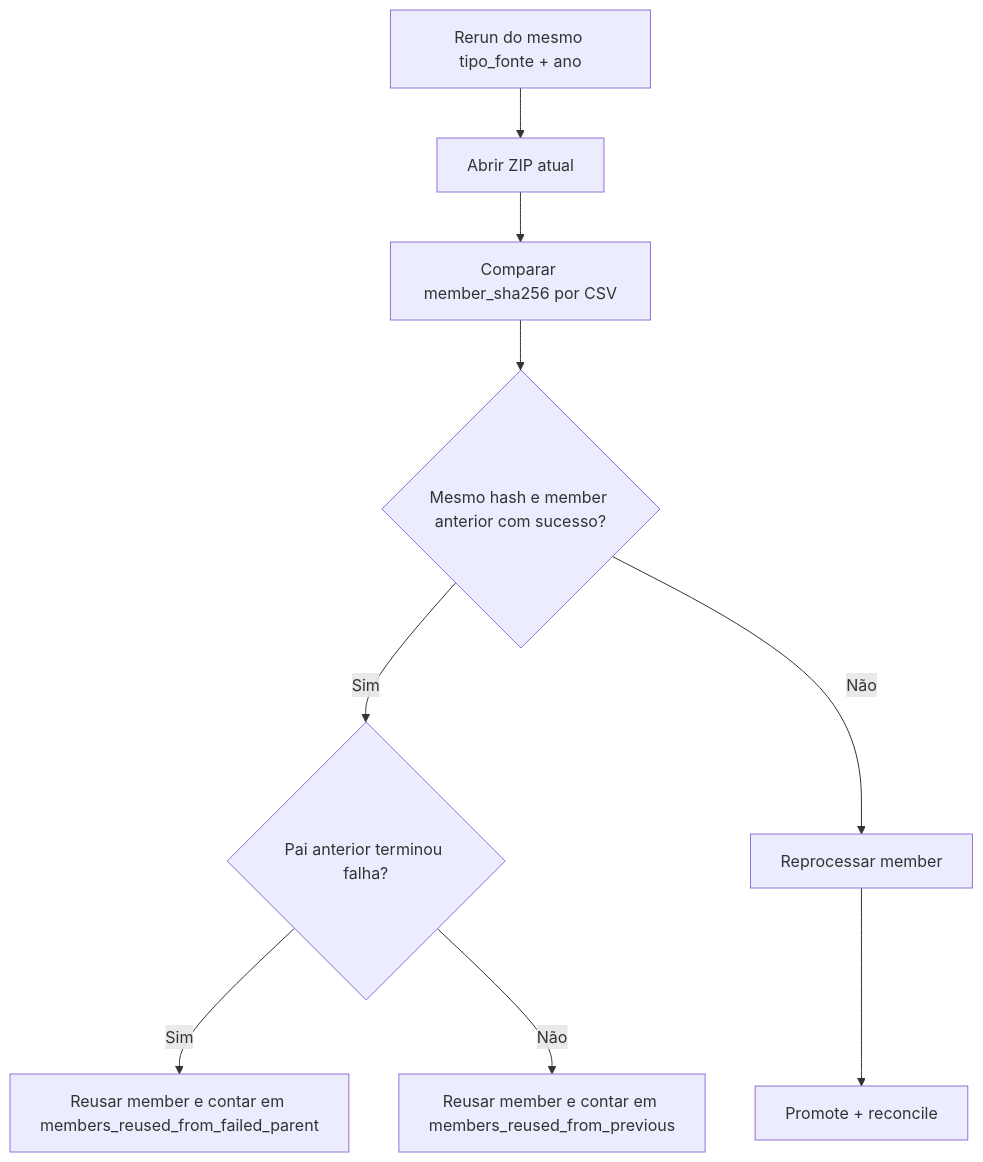
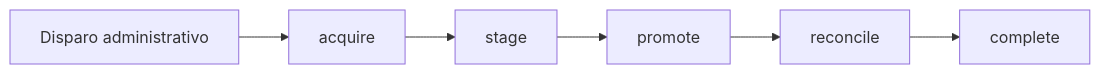
The first of 2 diagrams in docusaurus/docs/concepts/ingestion-pipeline.md (JoseLArantes/cvm.tucano), drawn with Mermaid before and after one commit. The commit also changed other lines of this file and 8 other files, not shown here.

````diff
--- a/docusaurus/docs/concepts/ingestion-pipeline.md
+++ b/docusaurus/docs/concepts/ingestion-pipeline.md
@@ -110,11 +19,8 @@
 ```mermaid
-graph TD
-    A["Rerun do mesmo tipo_fonte + ano"] --> B["Abrir ZIP atual"]
-    B --> C["Comparar member_sha256 por CSV"]
-    C --> D{"Mesmo hash e member anterior com sucesso?"}
-    D -->|Sim| E{"Pai anterior terminou falha?"}
-    E -->|Sim| F["Reusar member e contar em members_reused_from_failed_parent"]
-    E -->|Não| G["Reusar member e contar em members_reused_from_previous"]
-    D -->|Não| H["Reprocessar member"]
-    H --> I["Promote + reconcile"]
+flowchart LR
+    A["Disparo administrativo"] --> B["acquire"]
+    B --> C["stage"]
+    C --> D["promote"]
+    D --> E["reconcile"]
+    E --> F["complete"]
 ```
````
